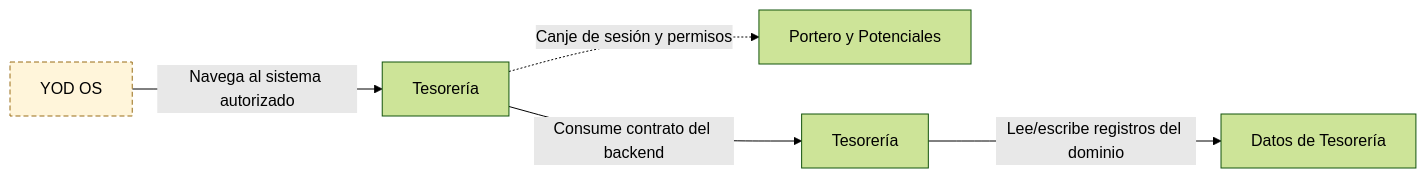
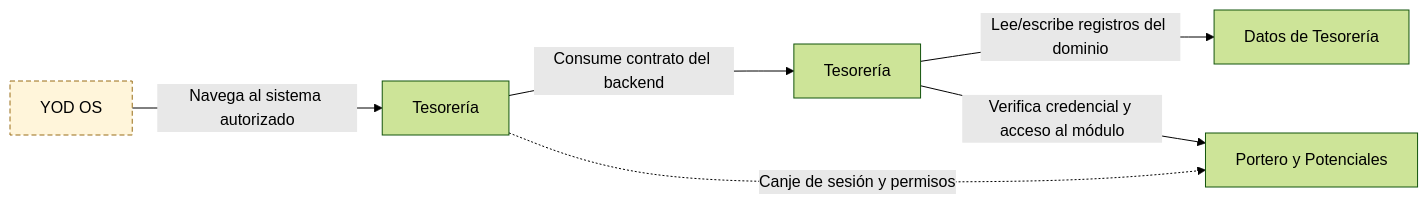
Before and after one commit to yodesarrollomx/yod-portal: the fourth of 9 diagrams in docs/arquitectura/mapas.md, drawn with Mermaid (forest theme). The commit also changed other lines of this file and 10 other files, not shown here.

````diff
--- a/docs/arquitectura/mapas.md
+++ b/docs/arquitectura/mapas.md
@@ -188,14 +189,15 @@
 ```mermaid
 flowchart LR
   n_SYS_FLUJO["Tesorería"]
   n_SYS_YOD_OS["YOD OS"]
   n_GAS_PORTERO["Portero y Potenciales"]
   n_GAS_FLUJO["Tesorería"]
   n_SHEET_FLUJO["Datos de Tesorería"]
   n_GAS_FLUJO -->|Lee/escribe registros del dominio| n_SHEET_FLUJO
   n_SYS_FLUJO -->|Consume contrato del backend| n_GAS_FLUJO
   n_SYS_YOD_OS -->|Navega al sistema autorizado| n_SYS_FLUJO
   n_SYS_FLUJO -.->|Canje de sesión y permisos| n_GAS_PORTERO
+  n_GAS_FLUJO -->|Verifica credencial y acceso al módulo| n_GAS_PORTERO
   classDef pendiente fill:#fff5da,stroke:#996d16,stroke-dasharray:5 3;
   class n_SYS_YOD_OS pendiente;
 ```
````
